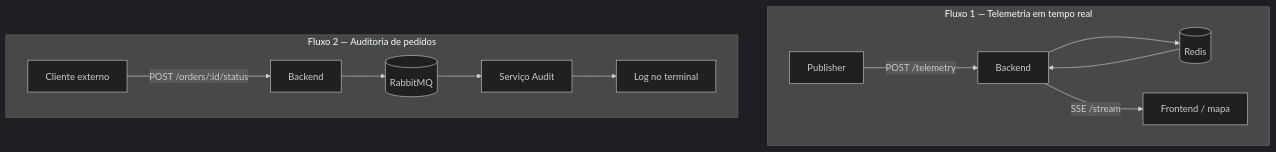
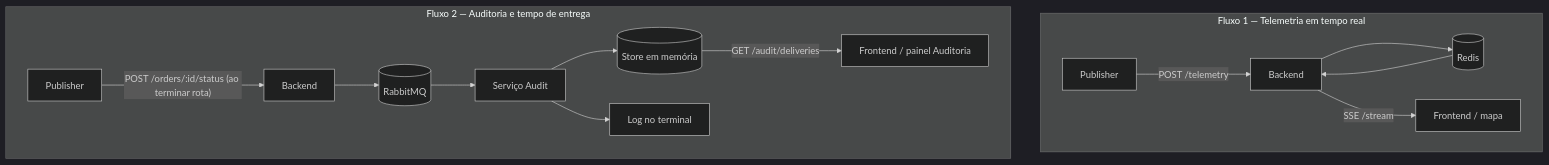
The diagram in fluxo-da-aplicacao.md (gabgarden/gps-tracking-SSE), drawn with Mermaid (dark theme) before and after one commit. The commit also changed other lines of this file and 41 other files, not shown here.

````diff
--- a/fluxo-da-aplicacao.md
+++ b/fluxo-da-aplicacao.md
@@ -52,16 +53,18 @@
 ```mermaid
 flowchart TB
     subgraph tempo_real [Fluxo 1 — Telemetria em tempo real]
         P[Publisher] -->|POST /telemetry| B[Backend]
         B --> R[(Redis)]
         R --> B
         B -->|SSE /stream| F[Frontend / mapa]
     end
 
-    subgraph auditoria [Fluxo 2 — Auditoria de pedidos]
-        C[Cliente externo] -->|POST /orders/:id/status| B2[Backend]
+    subgraph auditoria [Fluxo 2 — Auditoria e tempo de entrega]
+        P2[Publisher] -->|"POST /orders/:id/status (ao terminar rota)"| B2[Backend]
         B2 --> Q[(RabbitMQ)]
         Q --> A[Serviço Audit]
+        A --> S[(Store em memória)]
         A --> L[Log no terminal]
+        S -->|GET /audit/deliveries| F2[Frontend / painel Auditoria]
     end
 ```
````
